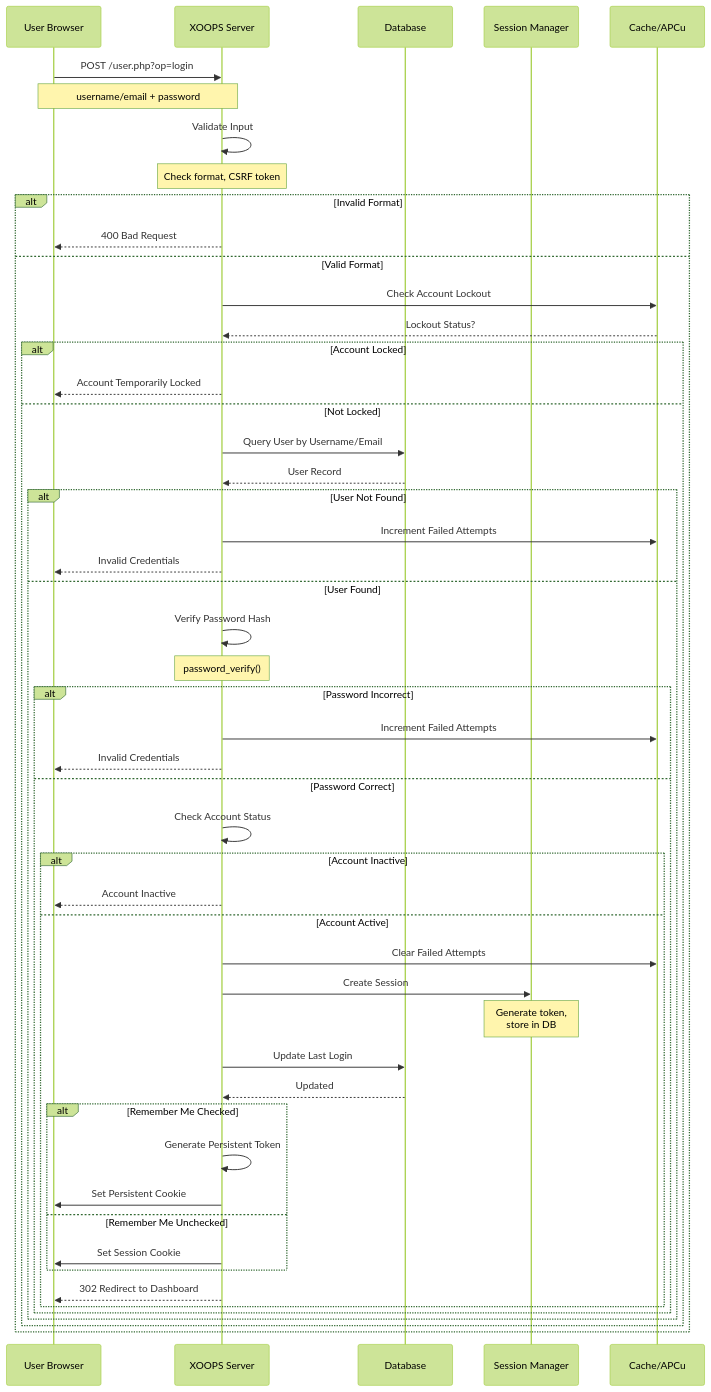
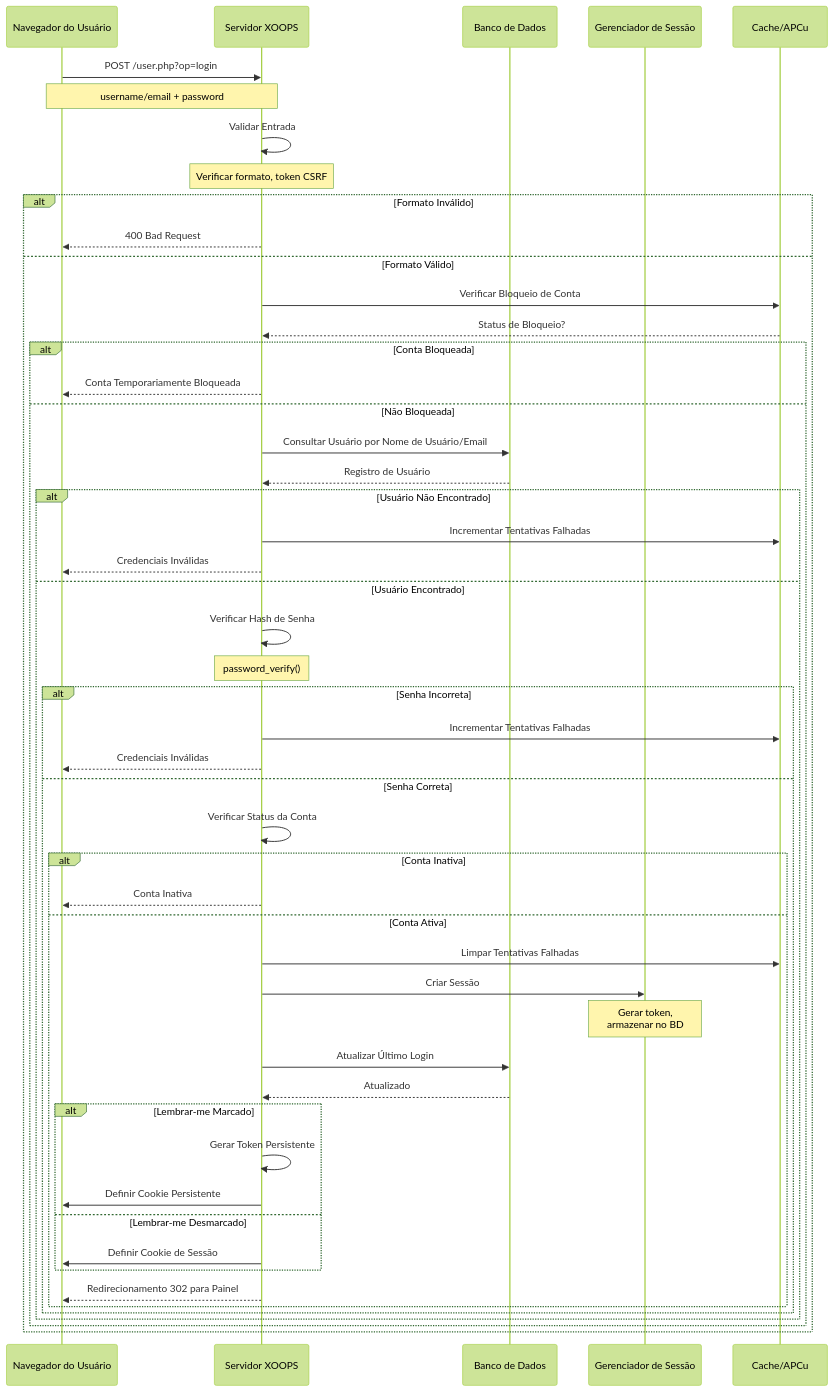
The first of 2 diagrams in apps/docs-27/src/content/docs/pt/core-concepts/users/authentication.md (mambax7/xoops-docs), drawn with Mermaid (forest theme) before and after one commit. The commit also changed other lines of this file and 162 other files, not shown here.

````diff
--- a/apps/docs-27/src/content/docs/pt/core-concepts/users/authentication.md
+++ b/apps/docs-27/src/content/docs/pt/core-concepts/users/authentication.md
@@ -14,62 +14,62 @@
 ```mermaid
 sequenceDiagram
-    participant User as User Browser
-    participant Server as XOOPS Server
-    participant DB as Database
-    participant Session as Session Manager
+    participant User as Navegador do Usuário
+    participant Server as Servidor XOOPS
+    participant DB as Banco de Dados
+    participant Session as Gerenciador de Sessão
     participant Cache as Cache/APCu
 
     User->>Server: POST /user.php?op=login
     note over User, Server: username/email + password
 
-    Server->>Server: Validate Input
-    note over Server: Check format, CSRF token
+    Server->>Server: Validar Entrada
+    note over Server: Verificar formato, token CSRF
 
-    alt Invalid Format
+    alt Formato Inválido
         Server-->>User: 400 Bad Request
-    else Valid Format
-        Server->>Cache: Check Account Lockout
-        Cache-->>Server: Lockout Status?
+    else Formato Válido
+        Server->>Cache: Verificar Bloqueio de Conta
+        Cache-->>Server: Status de Bloqueio?
 
-        alt Account Locked
-            Server-->>User: Account Temporarily Locked
-        else Not Locked
-            Server->>DB: Query User by Username/Email
-            DB-->>Server: User Record
+        alt Conta Bloqueada
+            Server-->>User: Conta Temporariamente Bloqueada
+        else Não Bloqueada
+            Server->>DB: Consultar Usuário por Nome de Usuário/Email
+            DB-->>Server: Registro de Usuário
 
-            alt User Not Found
-                Server->>Cache: Increment Failed Attempts
-                Server-->>User: Invalid Credentials
-            else User Found
-                Server->>Server: Verify Password Hash
+            alt Usuário Não Encontrado
+                Server->>Cache: Incrementar Tentativas Falhadas
+                Server-->>User: Credenciais Inválidas
+            else Usuário Encontrado
+                Server->>Server: Verificar Hash de Senha
                 note over Server: password_verify()
 
-                alt Password Incorrect
-                    Server->>Cache: Increment Failed Attempts
-                    Server-->>User: Invalid Credentials
-                else Password Correct
-                    Server->>Server: Check Account Status
-                    alt Account Inactive
-                        Server-->>User: Account Inactive
-                    else Account Active
-                        Server->>Cache: Clear Failed Attempts
-                        Server->>Session: Create Session
-                        note over Session: Generate token,<br/>store in DB
+                alt Senha Incorreta
+                    Server->>Cache: Incrementar Tentativas Falhadas
+                    Server-->>User: Credenciais Inválidas
+                else Senha Correta
+                    Server->>Server: Verificar Status da Conta
+                    alt Conta Inativa
+                        Server-->>User: Conta Inativa
+                    else Conta Ativa
+                        Server->>Cache: Limpar Tentativas Falhadas
+                        Server->>Session: Criar Sessão
+                        note over Session: Gerar token,<br/>armazenar no BD
 
-                        Server->>DB: Update Last Login
-                        DB-->>Server: Updated
+                        Server->>DB: Atualizar Último Login
+                        DB-->>Server: Atualizado
 
-                        alt Remember Me Checked
-                            Server->>Server: Generate Persistent Token
-                            Server->>User: Set Persistent Cookie
-                        else Remember Me Unchecked
-                            Server->>User: Set Session Cookie
+                        alt Lembrar-me Marcado
+                            Server->>Server: Gerar Token Persistente
+                            Server->>User: Definir Cookie Persistente
+                        else Lembrar-me Desmarcado
+                            Server->>User: Definir Cookie de Sessão
                         end
 
-                        Server-->>User: 302 Redirect to Dashboard
+                        Server-->>User: Redirecionamento 302 para Painel
                     end
                 end
             end
         end
     end
 ```
````
